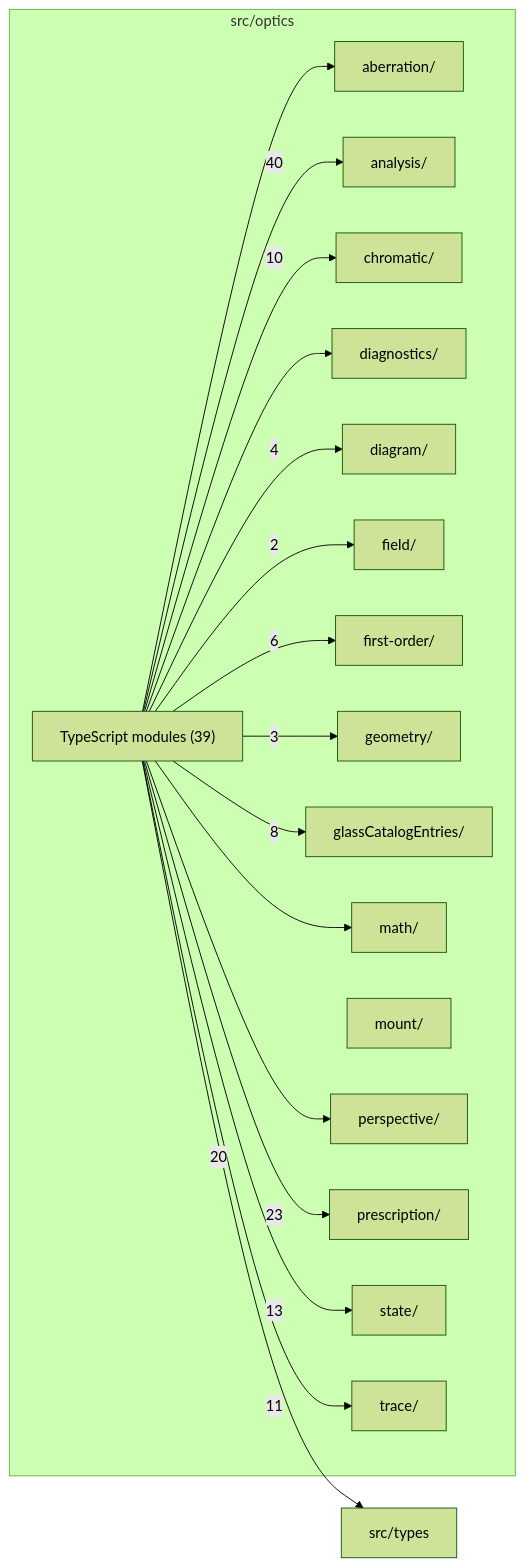
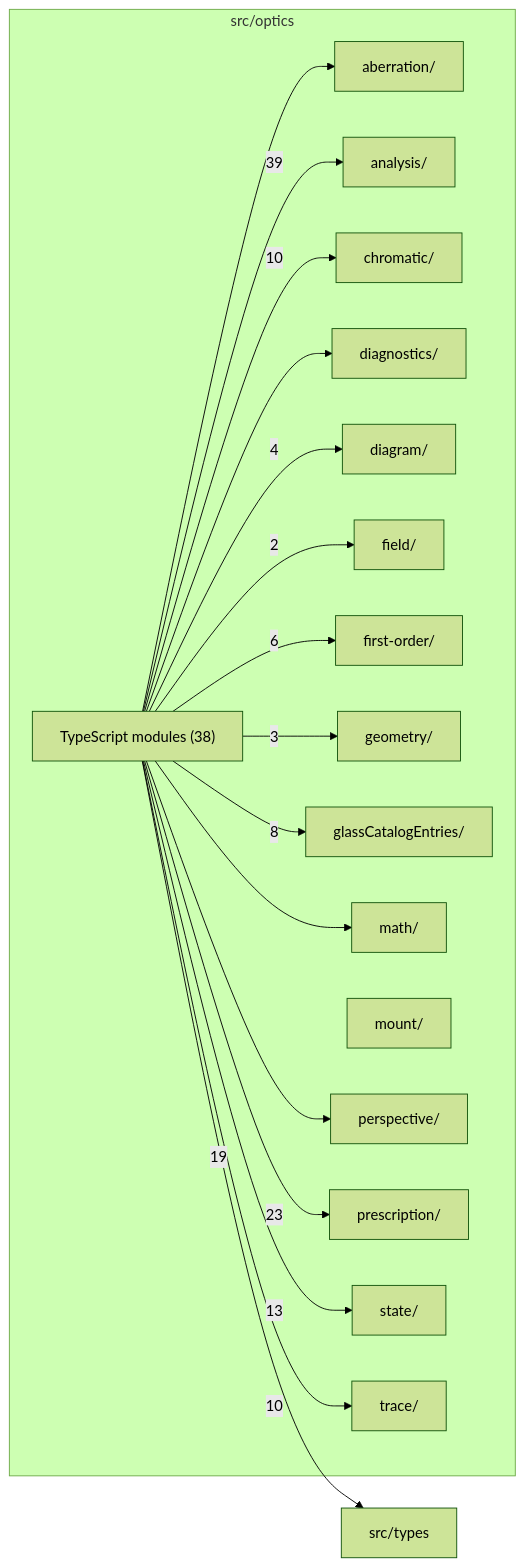
One commit to ronbuening/LensVisualizer changed the diagram in src/optics/readme.md. Above: the diagram before and after it, drawn with Mermaid (forest theme). The commit also changed other lines of this file and 27 other files, not shown here.

````diff
--- a/src/optics/readme.md
+++ b/src/optics/readme.md
@@ -9,37 +9,37 @@
 ```mermaid
 flowchart LR
   subgraph n_src_optics["src/optics"]
     n_src_optics_src_optics_aberration["aberration/"]
     n_src_optics_src_optics_analysis["analysis/"]
     n_src_optics_src_optics_chromatic["chromatic/"]
     n_src_optics_src_optics_diagnostics["diagnostics/"]
     n_src_optics_src_optics_diagram["diagram/"]
     n_src_optics_src_optics_field["field/"]
     n_src_optics_src_optics_first_order["first-order/"]
     n_src_optics_src_optics_geometry["geometry/"]
     n_src_optics_src_optics_glassCatalogEntries["glassCatalogEntries/"]
     n_src_optics_src_optics_math["math/"]
     n_src_optics_src_optics_mount["mount/"]
     n_src_optics_src_optics_perspective["perspective/"]
     n_src_optics_src_optics_prescription["prescription/"]
     n_src_optics_src_optics_state["state/"]
     n_src_optics_src_optics_trace["trace/"]
-    n_src_optics_TypeScript_modules["TypeScript modules (39)"]
+    n_src_optics_TypeScript_modules["TypeScript modules (38)"]
   end
   n_external_src_types["src/types"]
-  n_src_optics_TypeScript_modules --> |40| n_src_optics_src_optics_analysis
+  n_src_optics_TypeScript_modules --> |39| n_src_optics_src_optics_analysis
   n_src_optics_TypeScript_modules --> |23| n_src_optics_src_optics_prescription
-  n_src_optics_TypeScript_modules --> |20| n_external_src_types
+  n_src_optics_TypeScript_modules --> |19| n_external_src_types
   n_src_optics_TypeScript_modules --> |13| n_src_optics_src_optics_state
-  n_src_optics_TypeScript_modules --> |11| n_src_optics_src_optics_trace
   n_src_optics_TypeScript_modules --> |10| n_src_optics_src_optics_chromatic
+  n_src_optics_TypeScript_modules --> |10| n_src_optics_src_optics_trace
   n_src_optics_TypeScript_modules --> |8| n_src_optics_src_optics_glassCatalogEntries
   n_src_optics_TypeScript_modules --> |6| n_src_optics_src_optics_first_order
   n_src_optics_TypeScript_modules --> |4| n_src_optics_src_optics_diagram
   n_src_optics_TypeScript_modules --> |3| n_src_optics_src_optics_geometry
   n_src_optics_TypeScript_modules --> |2| n_src_optics_src_optics_field
   n_src_optics_TypeScript_modules --> n_src_optics_src_optics_aberration
   n_src_optics_TypeScript_modules --> n_src_optics_src_optics_diagnostics
   n_src_optics_TypeScript_modules --> n_src_optics_src_optics_math
   n_src_optics_TypeScript_modules --> n_src_optics_src_optics_perspective
 ```
````
